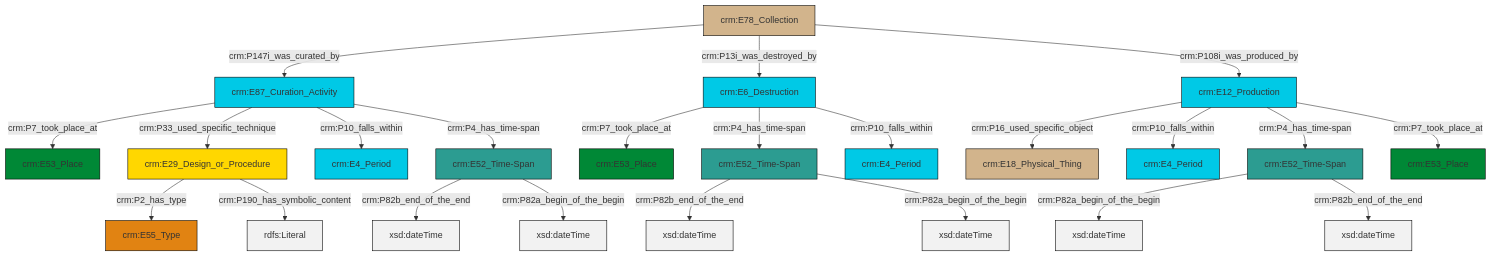
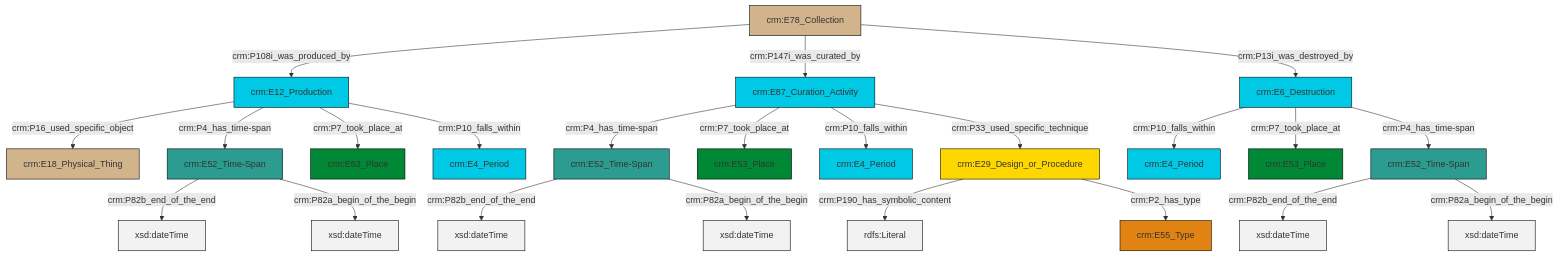
The diagram in et/archivalCSV/ttl/mmd/archival_existence.ttl.mmd (swiss-art-research-net/docs.swissartresearch), drawn with Mermaid before and after one commit. The commit also changed 204 other files, not shown here.

```diff
--- a/et/archivalCSV/ttl/mmd/archival_existence.ttl.mmd
+++ b/et/archivalCSV/ttl/mmd/archival_existence.ttl.mmd
@@ -1,37 +1,37 @@
 graph TD
 classDef Literal fill:#f2f2f2,stroke:#000000;
 classDef CRM_Entity fill:#FFFFFF,stroke:#000000;
 classDef Temporal_Entity fill:#00C9E6, stroke:#000000;
 classDef Type fill:#E18312, stroke:#000000;
 classDef Time-Span fill:#2C9C91, stroke:#000000;
 classDef Appellation fill:#FFEB7F, stroke:#000000;
 classDef Place fill:#008836, stroke:#000000;
 classDef Persistent_Item fill:#B266B2, stroke:#000000;
 classDef Conceptual_Object fill:#FFD700, stroke:#000000;
 classDef Physical_Thing fill:#D2B48C, stroke:#000000;
 classDef Actor fill:#f58aad, stroke:#000000;
 classDef PC_Classes fill:#4ce600, stroke:#000000;
 classDef Multi fill:#cccccc,stroke:#000000;
 
-6["crm:E87_Curation_Activity"]:::Temporal_Entity -->|crm:P7_took_place_at| 0["crm:E53_Place"]:::Place
-6["crm:E87_Curation_Activity"]:::Temporal_Entity -->|crm:P33_used_specific_technique| 13["crm:E29_Design_or_Procedure"]:::Conceptual_Object
-11["crm:E78_Collection"]:::Physical_Thing -->|crm:P147i_was_curated_by| 6["crm:E87_Curation_Activity"]:::Temporal_Entity
-4["crm:E6_Destruction"]:::Temporal_Entity -->|crm:P7_took_place_at| 19["crm:E53_Place"]:::Place
-11["crm:E78_Collection"]:::Physical_Thing -->|crm:P13i_was_destroyed_by| 4["crm:E6_Destruction"]:::Temporal_Entity
-20["crm:E52_Time-Span"]:::Time-Span -->|crm:P82b_end_of_the_end| 21[xsd:dateTime]:::Literal
-14["crm:E12_Production"]:::Temporal_Entity -->|crm:P16_used_specific_object| 7["crm:E18_Physical_Thing"]:::Physical_Thing
-14["crm:E12_Production"]:::Temporal_Entity -->|crm:P10_falls_within| 22["crm:E4_Period"]:::Temporal_Entity
-4["crm:E6_Destruction"]:::Temporal_Entity -->|crm:P4_has_time-span| 23["crm:E52_Time-Span"]:::Time-Span
-23["crm:E52_Time-Span"]:::Time-Span -->|crm:P82b_end_of_the_end| 24[xsd:dateTime]:::Literal
-4["crm:E6_Destruction"]:::Temporal_Entity -->|crm:P10_falls_within| 27["crm:E4_Period"]:::Temporal_Entity
-6["crm:E87_Curation_Activity"]:::Temporal_Entity -->|crm:P10_falls_within| 17["crm:E4_Period"]:::Temporal_Entity
-13["crm:E29_Design_or_Procedure"]:::Conceptual_Object -->|crm:P2_has_type| 25["crm:E55_Type"]:::Type
-2["crm:E52_Time-Span"]:::Time-Span -->|crm:P82a_begin_of_the_begin| 28[xsd:dateTime]:::Literal
-23["crm:E52_Time-Span"]:::Time-Span -->|crm:P82a_begin_of_the_begin| 29[xsd:dateTime]:::Literal
-6["crm:E87_Curation_Activity"]:::Temporal_Entity -->|crm:P4_has_time-span| 20["crm:E52_Time-Span"]:::Time-Span
-14["crm:E12_Production"]:::Temporal_Entity -->|crm:P4_has_time-span| 2["crm:E52_Time-Span"]:::Time-Span
-11["crm:E78_Collection"]:::Physical_Thing -->|crm:P108i_was_produced_by| 14["crm:E12_Production"]:::Temporal_Entity
-14["crm:E12_Production"]:::Temporal_Entity -->|crm:P7_took_place_at| 9["crm:E53_Place"]:::Place
-2["crm:E52_Time-Span"]:::Time-Span -->|crm:P82b_end_of_the_end| 34[xsd:dateTime]:::Literal
-20["crm:E52_Time-Span"]:::Time-Span -->|crm:P82a_begin_of_the_begin| 35[xsd:dateTime]:::Literal
-13["crm:E29_Design_or_Procedure"]:::Conceptual_Object -->|crm:P190_has_symbolic_content| 37[rdfs:Literal]:::Literal
+0["crm:E78_Collection"]:::Physical_Thing -->|crm:P108i_was_produced_by| 1["crm:E12_Production"]:::Temporal_Entity
+1["crm:E12_Production"]:::Temporal_Entity -->|crm:P16_used_specific_object| 4["crm:E18_Physical_Thing"]:::Physical_Thing
+5["crm:E87_Curation_Activity"]:::Temporal_Entity -->|crm:P4_has_time-span| 6["crm:E52_Time-Span"]:::Time-Span
+6["crm:E52_Time-Span"]:::Time-Span -->|crm:P82b_end_of_the_end| 11[xsd:dateTime]:::Literal
+12["crm:E52_Time-Span"]:::Time-Span -->|crm:P82b_end_of_the_end| 13[xsd:dateTime]:::Literal
+0["crm:E78_Collection"]:::Physical_Thing -->|crm:P147i_was_curated_by| 5["crm:E87_Curation_Activity"]:::Temporal_Entity
+0["crm:E78_Collection"]:::Physical_Thing -->|crm:P13i_was_destroyed_by| 14["crm:E6_Destruction"]:::Temporal_Entity
+5["crm:E87_Curation_Activity"]:::Temporal_Entity -->|crm:P7_took_place_at| 15["crm:E53_Place"]:::Place
+5["crm:E87_Curation_Activity"]:::Temporal_Entity -->|crm:P10_falls_within| 18["crm:E4_Period"]:::Temporal_Entity
+1["crm:E12_Production"]:::Temporal_Entity -->|crm:P4_has_time-span| 21["crm:E52_Time-Span"]:::Time-Span
+21["crm:E52_Time-Span"]:::Time-Span -->|crm:P82b_end_of_the_end| 23[xsd:dateTime]:::Literal
+1["crm:E12_Production"]:::Temporal_Entity -->|crm:P7_took_place_at| 24["crm:E53_Place"]:::Place
+14["crm:E6_Destruction"]:::Temporal_Entity -->|crm:P10_falls_within| 28["crm:E4_Period"]:::Temporal_Entity
+21["crm:E52_Time-Span"]:::Time-Span -->|crm:P82a_begin_of_the_begin| 31[xsd:dateTime]:::Literal
+14["crm:E6_Destruction"]:::Temporal_Entity -->|crm:P7_took_place_at| 9["crm:E53_Place"]:::Place
+14["crm:E6_Destruction"]:::Temporal_Entity -->|crm:P4_has_time-span| 12["crm:E52_Time-Span"]:::Time-Span
+1["crm:E12_Production"]:::Temporal_Entity -->|crm:P10_falls_within| 33["crm:E4_Period"]:::Temporal_Entity
+16["crm:E29_Design_or_Procedure"]:::Conceptual_Object -->|crm:P190_has_symbolic_content| 35[rdfs:Literal]:::Literal
+16["crm:E29_Design_or_Procedure"]:::Conceptual_Object -->|crm:P2_has_type| 7["crm:E55_Type"]:::Type
+12["crm:E52_Time-Span"]:::Time-Span -->|crm:P82a_begin_of_the_begin| 36[xsd:dateTime]:::Literal
+6["crm:E52_Time-Span"]:::Time-Span -->|crm:P82a_begin_of_the_begin| 38[xsd:dateTime]:::Literal
+5["crm:E87_Curation_Activity"]:::Temporal_Entity -->|crm:P33_used_specific_technique| 16["crm:E29_Design_or_Procedure"]:::Conceptual_Object
```
